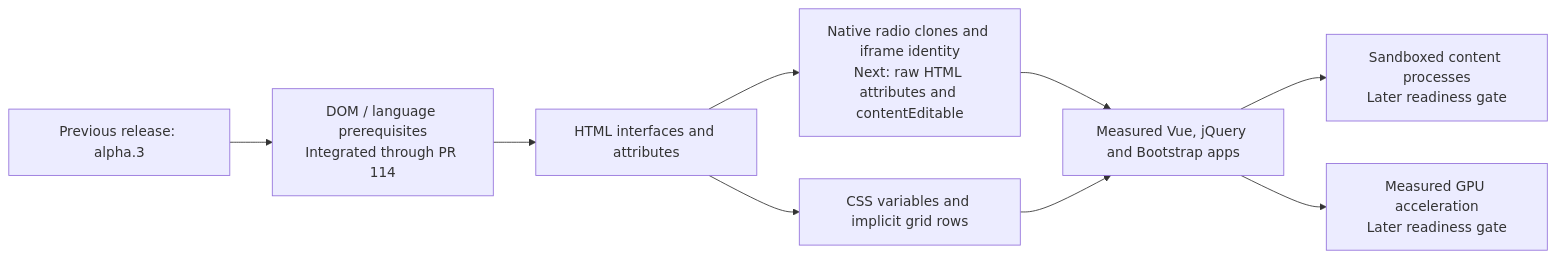
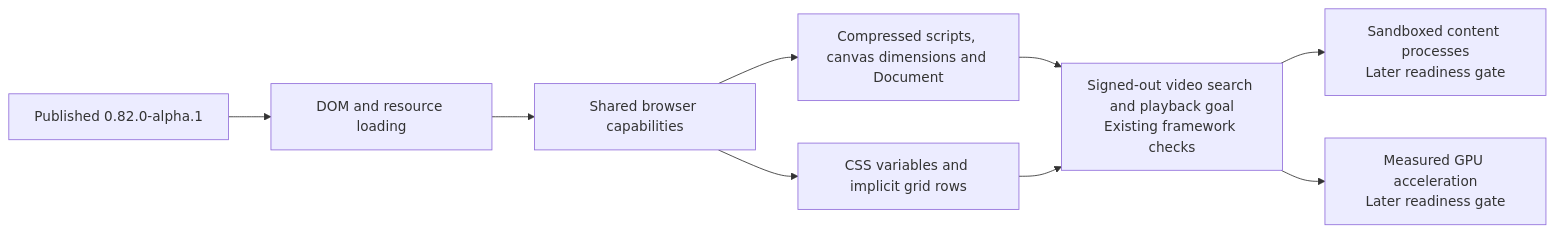
The diagram in docs/ROADMAP.md (c-a-t-f-o-o-d/chezcat-browser), drawn with Mermaid before and after one commit. The commit also changed other lines of this file and 7 other files, not shown here.

Commit message:
Point downloads to the verified ChezCat 0.82.0-alpha.1 release

````diff
--- a/docs/ROADMAP.md
+++ b/docs/ROADMAP.md
@@ -30,11 +31,11 @@
 ```mermaid
 flowchart LR
-    BASE["Previous release: alpha.3"] --> DOM["DOM / language prerequisites<br/>Integrated through PR 114"]
-    DOM --> URL["HTML interfaces and attributes"]
-    URL --> INPUT["Native radio clones and iframe identity<br/>Next: raw HTML attributes and contentEditable"]
+    BASE["Published 0.82.0-alpha.1"] --> DOM["DOM and resource loading"]
+    DOM --> URL["Shared browser capabilities"]
+    URL --> INPUT["Compressed scripts, canvas dimensions and Document"]
     URL --> CSS["CSS variables and implicit grid rows"]
-    INPUT --> APPS["Measured Vue, jQuery and Bootstrap apps"]
+    INPUT --> APPS["Signed-out video search and playback goal<br/>Existing framework checks"]
     CSS --> APPS
     APPS --> ISO["Sandboxed content processes<br/>Later readiness gate"]
     APPS --> GPU["Measured GPU acceleration<br/>Later readiness gate"]
 ```
````
